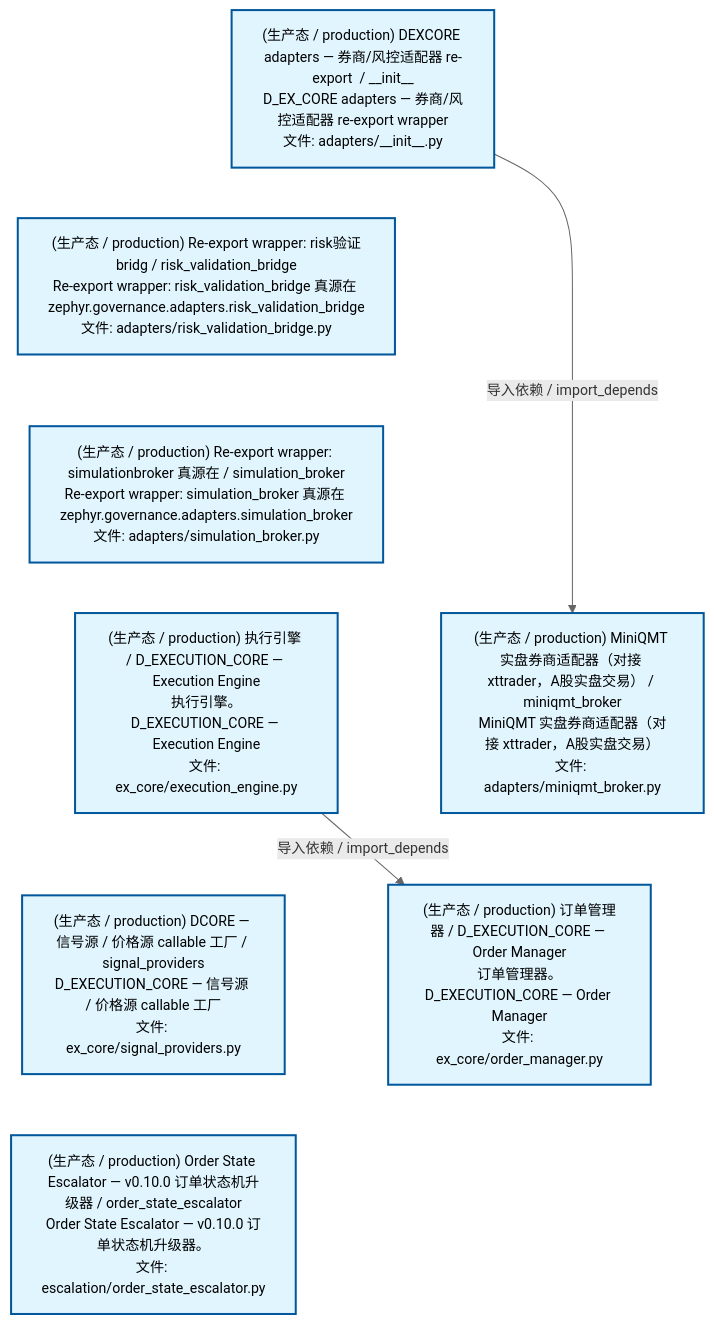
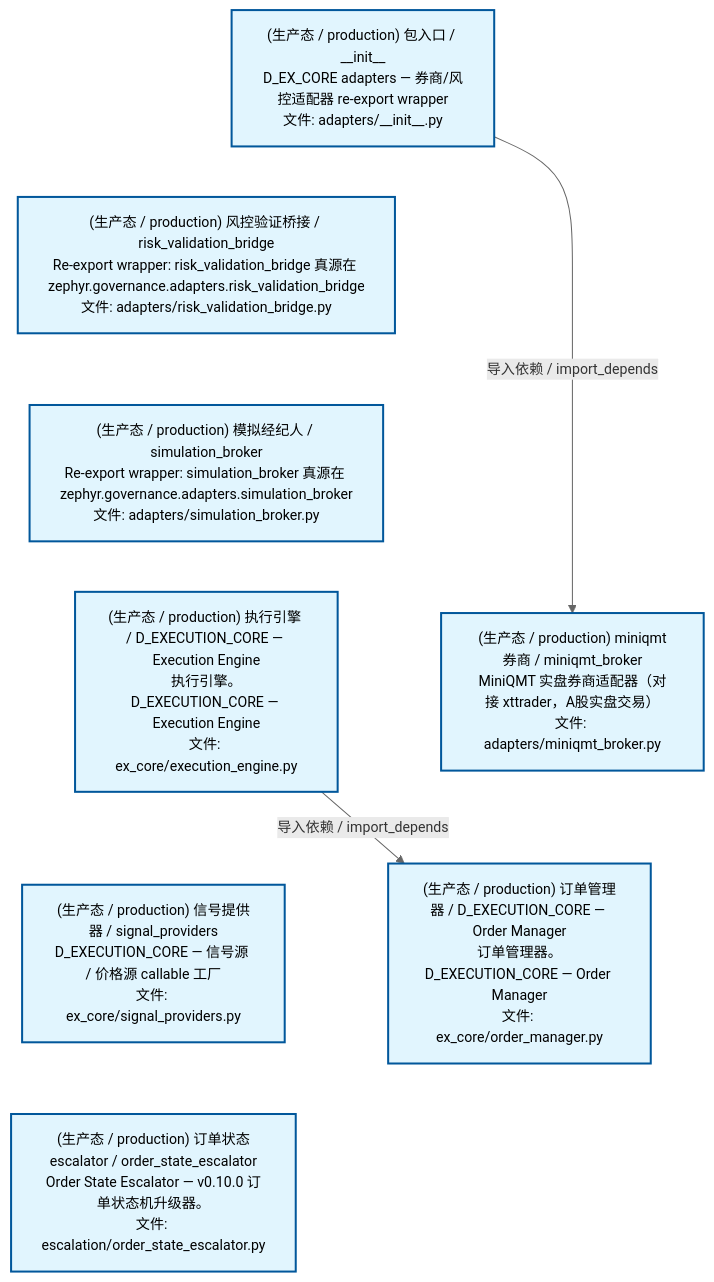
The second of 4 diagrams in docs/02_enterprise_architecture/02_domain_architecture_docs/44_d_ex_core.md (xuanFelixVan/ZephyrAlpha), drawn with Mermaid before and after one commit. The commit also changed other lines of this file and 50 other files, not shown here.

````diff
--- a/docs/02_enterprise_architecture/02_domain_architecture_docs/44_d_ex_core.md
+++ b/docs/02_enterprise_architecture/02_domain_architecture_docs/44_d_ex_core.md
@@ -169,25 +169,25 @@
 ```mermaid
 %%{init: {'theme': 'base', 'themeVariables': {'primaryColor': '#eaeaea', 'primaryTextColor': '#333333', 'primaryBorderColor': '#666666', 'lineColor': '#666666', 'secondaryColor': '#eaeaea', 'tertiaryColor': '#eaeaea', 'fontSize': '14px'}}}%%
 flowchart TD
-    src_zephyr_ex_core_adapters_init_py["(生产态 / production) DEXCORE adapters — 券商/风控适配器 re-export  / __init__<br/>D_EX_CORE adapters — 券商/风控适配器 re-export wrapper<br/>文件: adapters/__init__.py"]
-    src_zephyr_ex_core_adapters_risk_validation_bridge_py["(生产态 / production) Re-export wrapper: risk验证bridg / risk_validation_bridge<br/>Re-export wrapper: risk_validation_bridge 真源在 zephyr.governance.adapters.risk_validation_bridge<br/>文件: adapters/risk_validation_bridge.py"]
-    src_zephyr_ex_core_adapters_simulation_broker_py["(生产态 / production) Re-export wrapper: simulationbroker 真源在 / simulation_broker<br/>Re-export wrapper: simulation_broker 真源在 zephyr.governance.adapters.simulation_broker<br/>文件: adapters/simulation_broker.py"]
+    src_zephyr_ex_core_adapters_init_py["(生产态 / production) 包入口 / __init__<br/>D_EX_CORE adapters — 券商/风控适配器 re-export wrapper<br/>文件: adapters/__init__.py"]
+    src_zephyr_ex_core_adapters_risk_validation_bridge_py["(生产态 / production) 风控验证桥接 / risk_validation_bridge<br/>Re-export wrapper: risk_validation_bridge 真源在 zephyr.governance.adapters.risk_validation_bridge<br/>文件: adapters/risk_validation_bridge.py"]
+    src_zephyr_ex_core_adapters_simulation_broker_py["(生产态 / production) 模拟经纪人 / simulation_broker<br/>Re-export wrapper: simulation_broker 真源在 zephyr.governance.adapters.simulation_broker<br/>文件: adapters/simulation_broker.py"]
     src_zephyr_ex_core_execution_engine_py["(生产态 / production) 执行引擎 / D_EXECUTION_CORE — Execution Engine<br/>执行引擎。D_EXECUTION_CORE — Execution Engine<br/>文件: ex_core/execution_engine.py"]
-    src_zephyr_ex_core_signal_providers_py["(生产态 / production) DCORE — 信号源 / 价格源 callable 工厂 / signal_providers<br/>D_EXECUTION_CORE — 信号源 / 价格源 callable 工厂<br/>文件: ex_core/signal_providers.py"]
-    src_zephyr_governance_escalation_order_state_escalator_py["(生产态 / production) Order State Escalator — v0.10.0 订单状态机升级器 / order_state_escalator<br/>Order State Escalator — v0.10.0 订单状态机升级器。<br/>文件: escalation/order_state_escalator.py"]
+    src_zephyr_ex_core_signal_providers_py["(生产态 / production) 信号提供器 / signal_providers<br/>D_EXECUTION_CORE — 信号源 / 价格源 callable 工厂<br/>文件: ex_core/signal_providers.py"]
+    src_zephyr_governance_escalation_order_state_escalator_py["(生产态 / production) 订单状态escalator / order_state_escalator<br/>Order State Escalator — v0.10.0 订单状态机升级器。<br/>文件: escalation/order_state_escalator.py"]
     src_zephyr_ex_core_adapters_init_py ~~~ src_zephyr_ex_core_adapters_risk_validation_bridge_py
     src_zephyr_ex_core_adapters_risk_validation_bridge_py ~~~ src_zephyr_ex_core_adapters_simulation_broker_py
     src_zephyr_ex_core_adapters_simulation_broker_py ~~~ src_zephyr_ex_core_execution_engine_py
     src_zephyr_ex_core_execution_engine_py ~~~ src_zephyr_ex_core_signal_providers_py
     src_zephyr_ex_core_signal_providers_py ~~~ src_zephyr_governance_escalation_order_state_escalator_py
-    src_zephyr_ex_core_adapters_miniqmt_broker_py["(生产态 / production) MiniQMT 实盘券商适配器（对接 xttrader，A股实盘交易） / miniqmt_broker<br/>MiniQMT 实盘券商适配器（对接 xttrader，A股实盘交易）<br/>文件: adapters/miniqmt_broker.py"]
+    src_zephyr_ex_core_adapters_miniqmt_broker_py["(生产态 / production) miniqmt券商 / miniqmt_broker<br/>MiniQMT 实盘券商适配器（对接 xttrader，A股实盘交易）<br/>文件: adapters/miniqmt_broker.py"]
     src_zephyr_ex_core_order_manager_py["(生产态 / production) 订单管理器 / D_EXECUTION_CORE — Order Manager<br/>订单管理器。D_EXECUTION_CORE — Order Manager<br/>文件: ex_core/order_manager.py"]
     src_zephyr_ex_core_adapters_miniqmt_broker_py ~~~ src_zephyr_ex_core_order_manager_py
     src_zephyr_ex_core_execution_engine_py -->|导入依赖 / import_depends| src_zephyr_ex_core_order_manager_py
     src_zephyr_ex_core_adapters_init_py -->|导入依赖 / import_depends| src_zephyr_ex_core_adapters_miniqmt_broker_py
     classDef production fill:#e1f5fe,stroke:#01579b,stroke-width:2px,color:#000
     classDef design fill:#fff3e0,stroke:#e65100,stroke-width:2px,color:#000,stroke-dasharray: 5 5
     classDef external_prod fill:#e8f4fd,stroke:#0277bd,stroke-width:1px,color:#000
     classDef external_design fill:#fff8e7,stroke:#ef6c00,stroke-width:1px,color:#000,stroke-dasharray: 5 5
     class src_zephyr_ex_core_adapters_init_py,src_zephyr_ex_core_adapters_miniqmt_broker_py,src_zephyr_ex_core_adapters_risk_validation_bridge_py,src_zephyr_ex_core_adapters_simulation_broker_py,src_zephyr_ex_core_execution_engine_py,src_zephyr_ex_core_order_manager_py,src_zephyr_ex_core_signal_providers_py,src_zephyr_governance_escalation_order_state_escalator_py production
 ```
````
